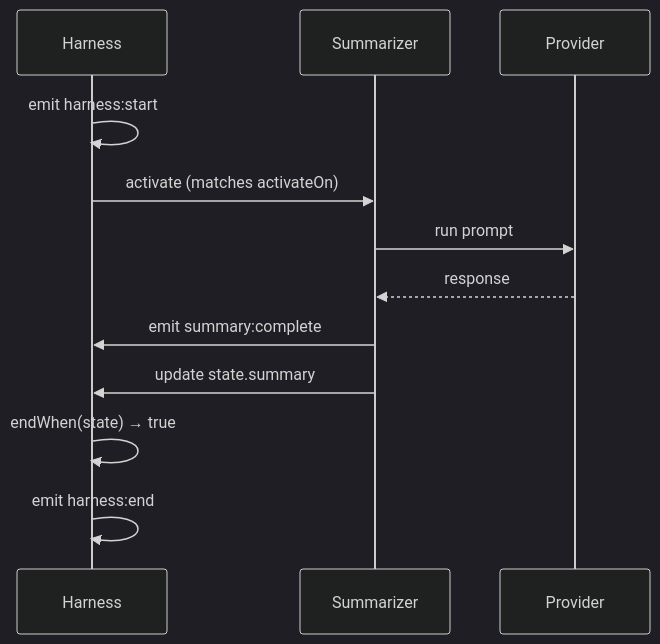
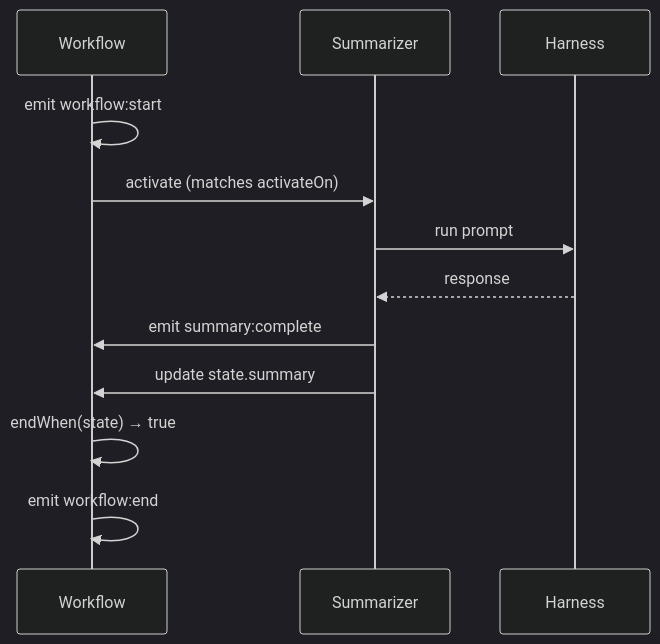
The diagram in apps/docs/content/docs/learn/quickstart.mdx (Open-Harness/open-harness), drawn with Mermaid (dark theme) before and after one commit. The commit also changed other lines of this file and 138 other files, not shown here.

````diff
--- a/apps/docs/content/docs/learn/quickstart.mdx
+++ b/apps/docs/content/docs/learn/quickstart.mdx
@@ -89,15 +89,15 @@
 ```mermaid
 sequenceDiagram
+    participant W as Workflow
+    participant S as Summarizer
     participant H as Harness
-    participant S as Summarizer
-    participant P as Provider
 
-    H->>H: emit harness:start
-    H->>S: activate (matches activateOn)
-    S->>P: run prompt
-    P-->>S: response
-    S->>H: emit summary:complete
-    S->>H: update state.summary
-    H->>H: endWhen(state) → true
-    H->>H: emit harness:end
+    W->>W: emit workflow:start
+    W->>S: activate (matches activateOn)
+    S->>H: run prompt
+    H-->>S: response
+    S->>W: emit summary:complete
+    S->>W: update state.summary
+    W->>W: endWhen(state) → true
+    W->>W: emit workflow:end
 ```
````
